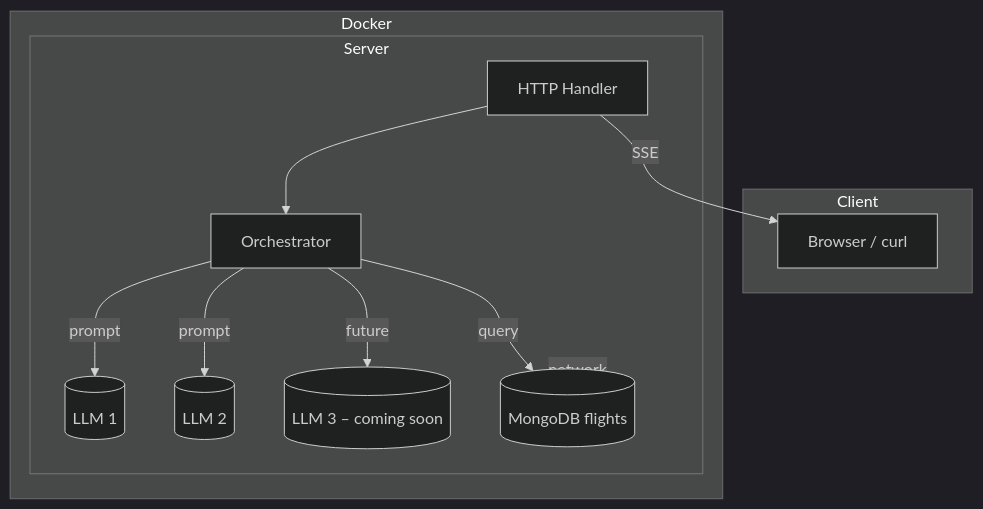
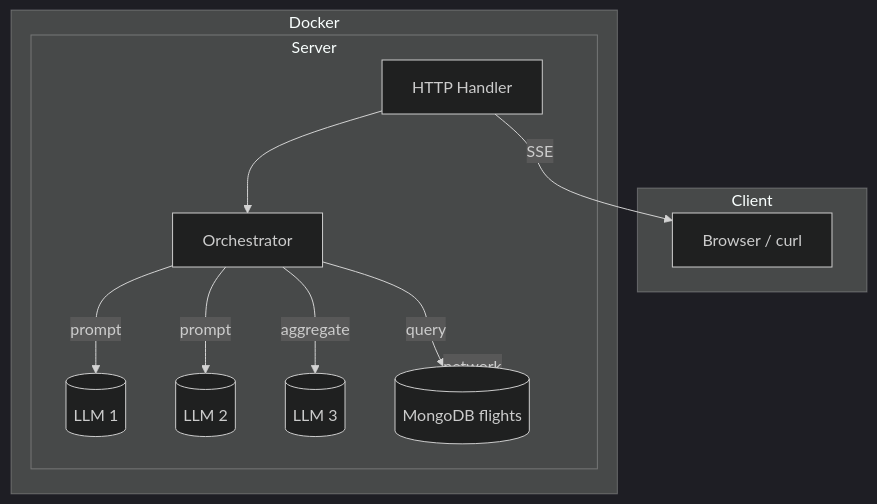
Before and after one commit to Cris245/go-llm-chat: the diagram in README.md, drawn with Mermaid (dark theme). The commit also changed other lines of this file and 2 other files, not shown here.

First line of the commit message:
Commit2 - implement LLM3 aggregation layer with gpt-4o-mini

````diff
--- a/README.md
+++ b/README.md
@@ -14,20 +14,20 @@
 ```mermaid
 graph TD
     subgraph Client
         A[Browser / curl]
     end
 
     subgraph Server
         H((/api)) -->|SSE| A
         H[HTTP Handler]
         H --> O[Orchestrator]
         O -->|prompt| L1[(LLM 1)]
         O -->|prompt| L2[(LLM 2)]
-        O -->|future| L3[(LLM 3 – coming soon)]
+        O -->|aggregate| L3[(LLM 3)]
         O -->|query| DB[(MongoDB flights)]
     end
 
     subgraph Docker
         DB ---|network| Server
     end
 ```
````
